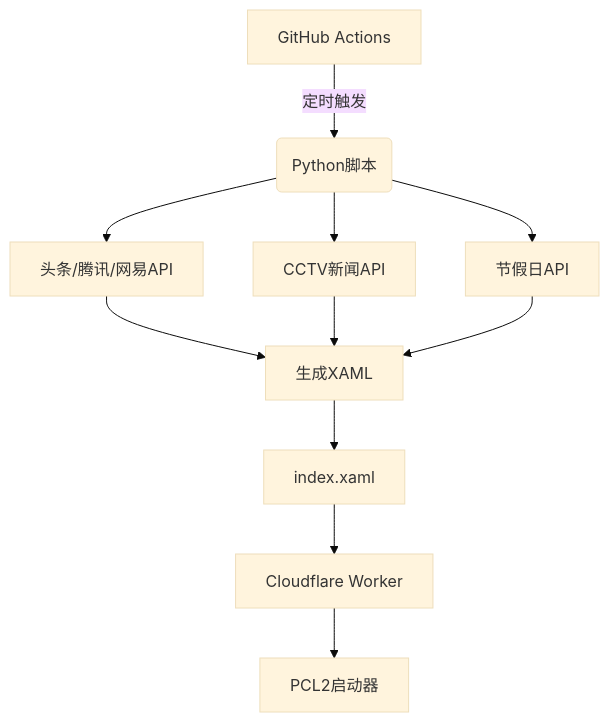
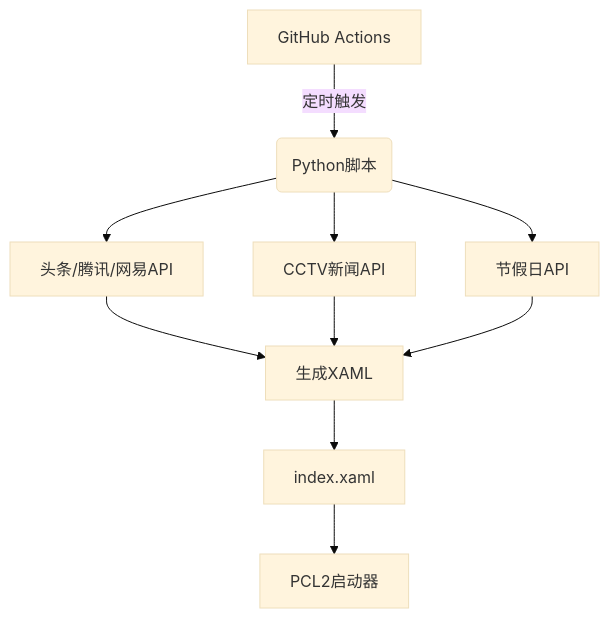
One commit to EYicheng/PCL2-TodayHomepage changed the diagram in README.md. Above: the diagram before and after it, drawn with Mermaid (base theme). The commit also changed other lines of this file and 1 other file, not shown here.

First line of the commit message:
docs(readme): 更新 README 文档内容与图片引用

````diff
--- a/README.md
+++ b/README.md
@@ -51,13 +51,12 @@
 ```mermaid
 graph TD
     A[GitHub Actions] -->|定时触发| B(Python脚本)
     B --> C[头条/腾讯/网易API]
     B --> D[CCTV新闻API]
     B --> E[节假日API]
     F --> G[index.xaml]
-    G --> H[Cloudflare Worker]
-    H --> I[PCL2启动器]
+    G --> I[PCL2启动器]
     C --> F[生成XAML]
     D --> F[生成XAML]
     E --> F[生成XAML]
 ```
````
